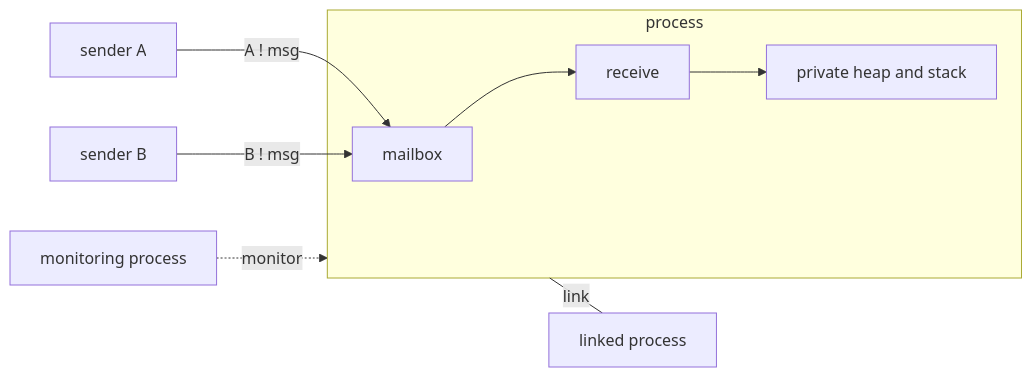
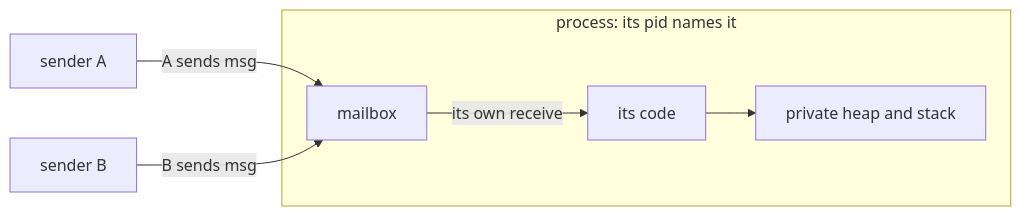
Before and after one commit to nshkrdotcom/erXos: the first of 4 diagrams in docs/book/03-erlang.md, drawn with Mermaid. The commit also changed other lines of this file, not shown here.

First line of the commit message:
docs: book chapter 3 revised from its newcomer and accuracy reviews

````diff
--- a/docs/book/03-erlang.md
+++ b/docs/book/03-erlang.md
@@ -405,11 +369,9 @@
 ```mermaid
 flowchart LR
-    S1[sender A] -->|"A ! msg"| MB
-    S2[sender B] -->|"B ! msg"| MB
-    subgraph P[process]
-        MB[mailbox] --> R[receive]
-        R --> H[private heap and stack]
+    S1[sender A] -->|"A sends msg"| MB
+    S2[sender B] -->|"B sends msg"| MB
+    subgraph P[process: its pid names it]
+        MB[mailbox] -->|"its own receive"| C[its code]
+        C --> H[private heap and stack]
     end
-    P ---|link| L[linked process]
-    M[monitoring process] -.->|monitor| P
 ```
````
